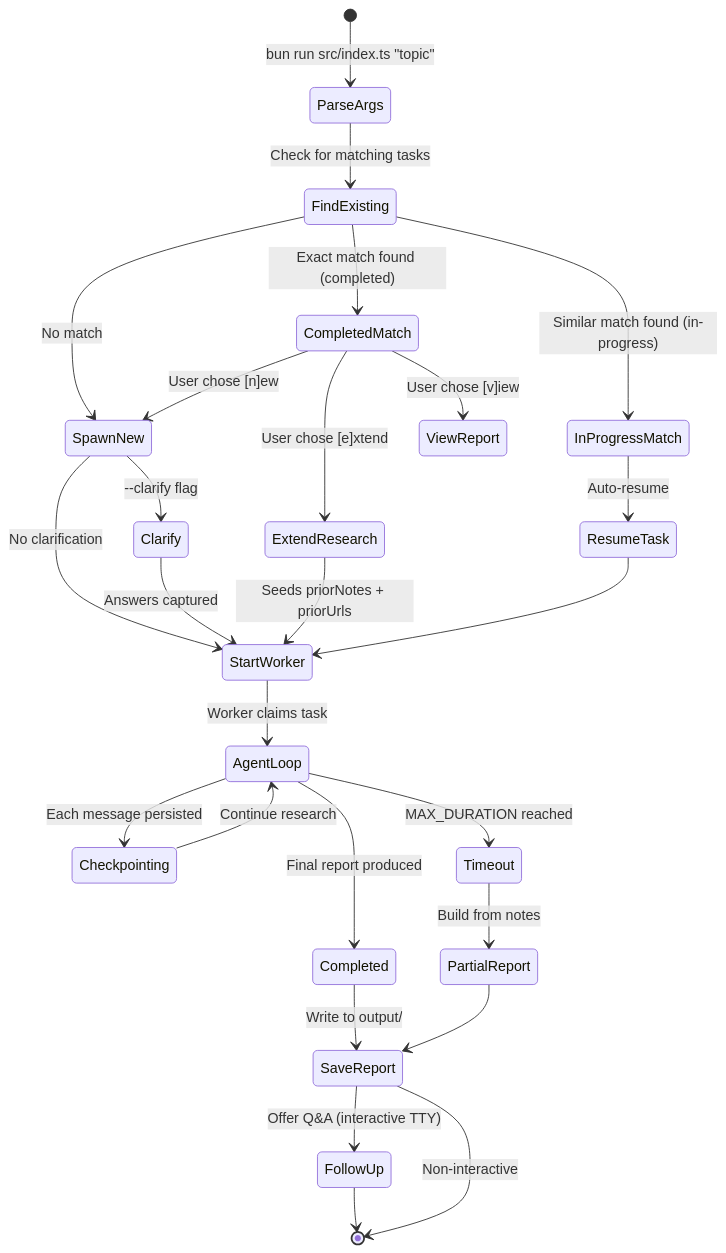
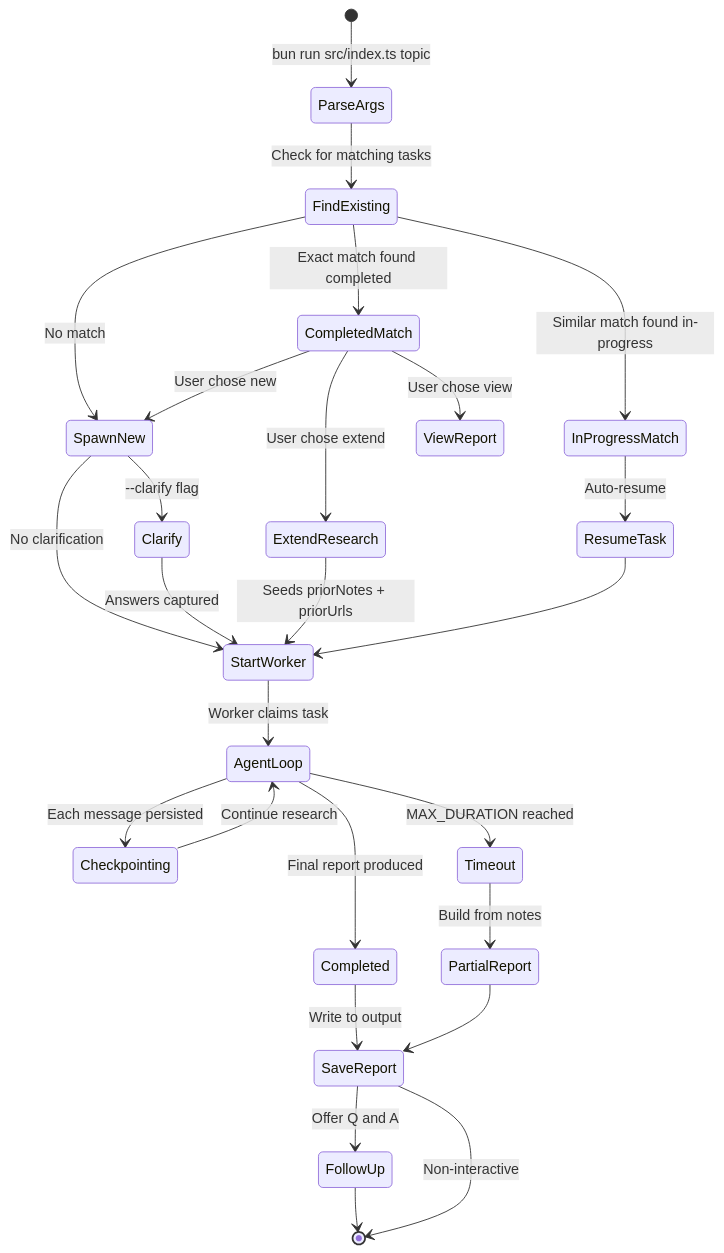
The tenth of 11 diagrams in ARCHITECTURE.md (steel-experiments/durable-researcher), drawn with Mermaid before and after one commit. The commit also changed other lines of this file, not shown here.

First line of the commit message:
fix: repair Mermaid parse errors in ARCHITECTURE.md

````diff
--- a/ARCHITECTURE.md
+++ b/ARCHITECTURE.md
@@ -359,38 +373,38 @@
 ```mermaid
 stateDiagram-v2
-    [*] --> ParseArgs: bun run src/index.ts "topic"
+    [*] --> ParseArgs: bun run src/index.ts topic
 
     ParseArgs --> FindExisting: Check for matching tasks
 
-    FindExisting --> CompletedMatch: Exact match found (completed)
-    FindExisting --> InProgressMatch: Similar match found (in-progress)
+    FindExisting --> CompletedMatch: Exact match found completed
+    FindExisting --> InProgressMatch: Similar match found in-progress
     FindExisting --> SpawnNew: No match
 
-    CompletedMatch --> ViewReport: User chose [v]iew
-    CompletedMatch --> ExtendResearch: User chose [e]xtend
-    CompletedMatch --> SpawnNew: User chose [n]ew
+    CompletedMatch --> ViewReport: User chose view
+    CompletedMatch --> ExtendResearch: User chose extend
+    CompletedMatch --> SpawnNew: User chose new
 
     InProgressMatch --> ResumeTask: Auto-resume
 
     SpawnNew --> Clarify: --clarify flag
     SpawnNew --> StartWorker: No clarification
     Clarify --> StartWorker: Answers captured
 
     ExtendResearch --> StartWorker: Seeds priorNotes + priorUrls
     ResumeTask --> StartWorker
 
     StartWorker --> AgentLoop: Worker claims task
 
     AgentLoop --> Checkpointing: Each message persisted
     Checkpointing --> AgentLoop: Continue research
     AgentLoop --> Completed: Final report produced
     AgentLoop --> Timeout: MAX_DURATION reached
     Timeout --> PartialReport: Build from notes
 
-    Completed --> SaveReport: Write to output/
+    Completed --> SaveReport: Write to output
     PartialReport --> SaveReport
 
-    SaveReport --> FollowUp: Offer Q&A (interactive TTY)
+    SaveReport --> FollowUp: Offer Q and A
     FollowUp --> [*]
     SaveReport --> [*]: Non-interactive
 ```
````
